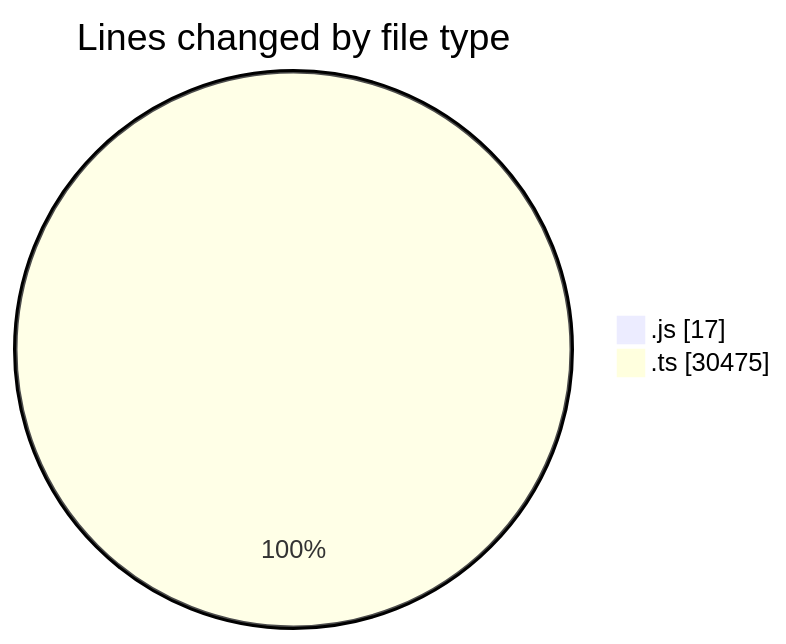
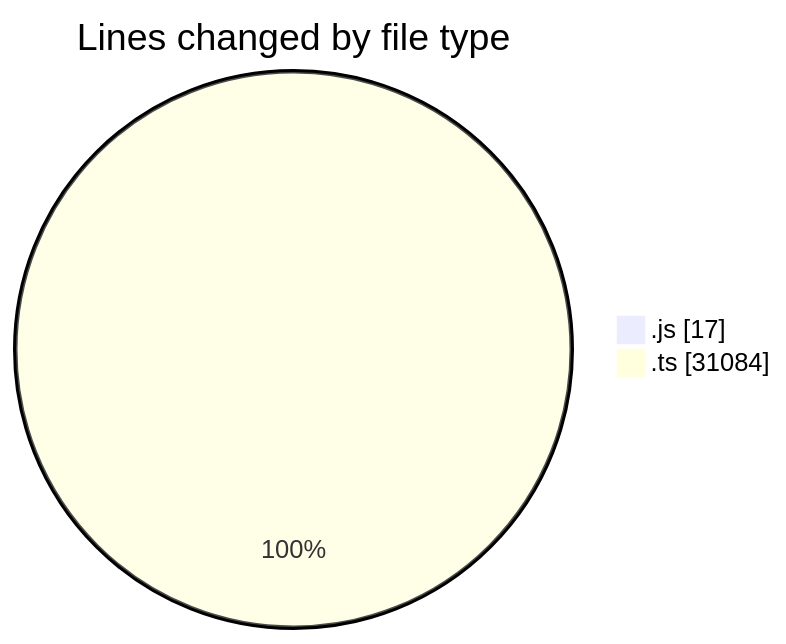
Before and after one commit to momahboobian/code-tracking: the first of 2 diagrams in 2026-07-27/cda/README.md, drawn with Mermaid. The commit also changed other lines of this file and 1 other file, not shown here.

````diff
--- a/2026-07-27/cda/README.md
+++ b/2026-07-27/cda/README.md
@@ -26,6 +27,6 @@
 ```mermaid
 pie showData
 title Lines changed by file type
 ".js" : 17
-".ts" : 30475
+".ts" : 31084
 ```
````
